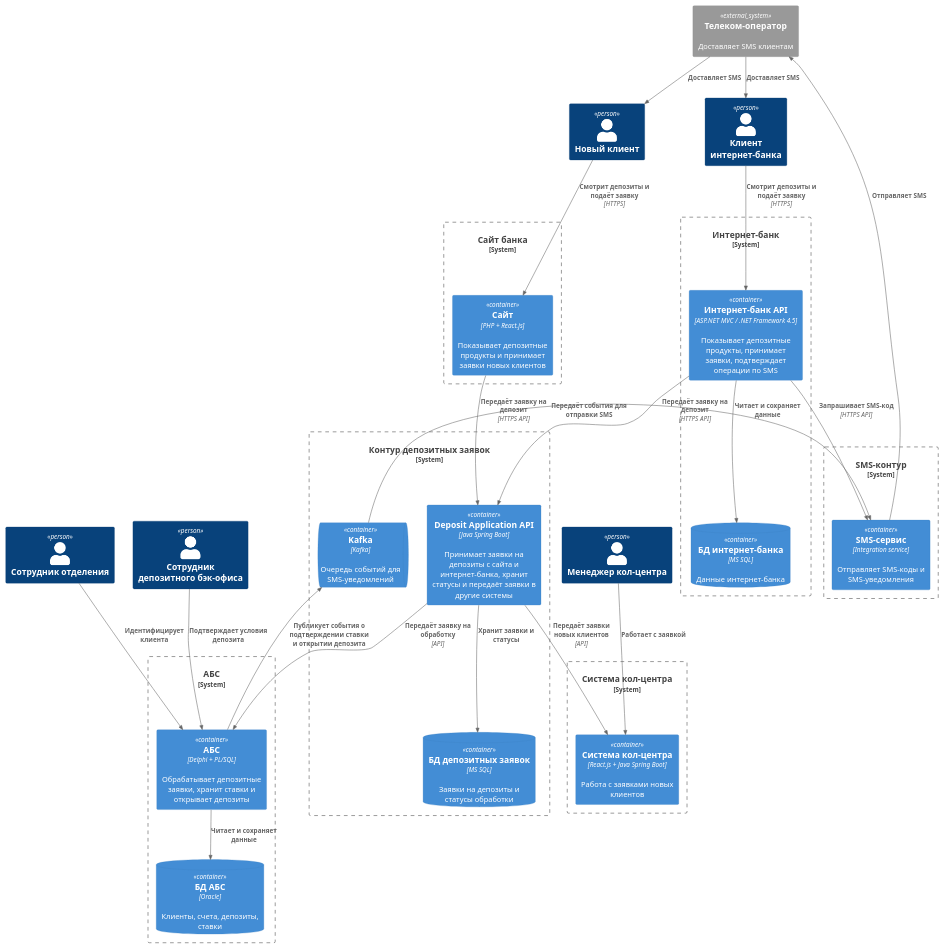
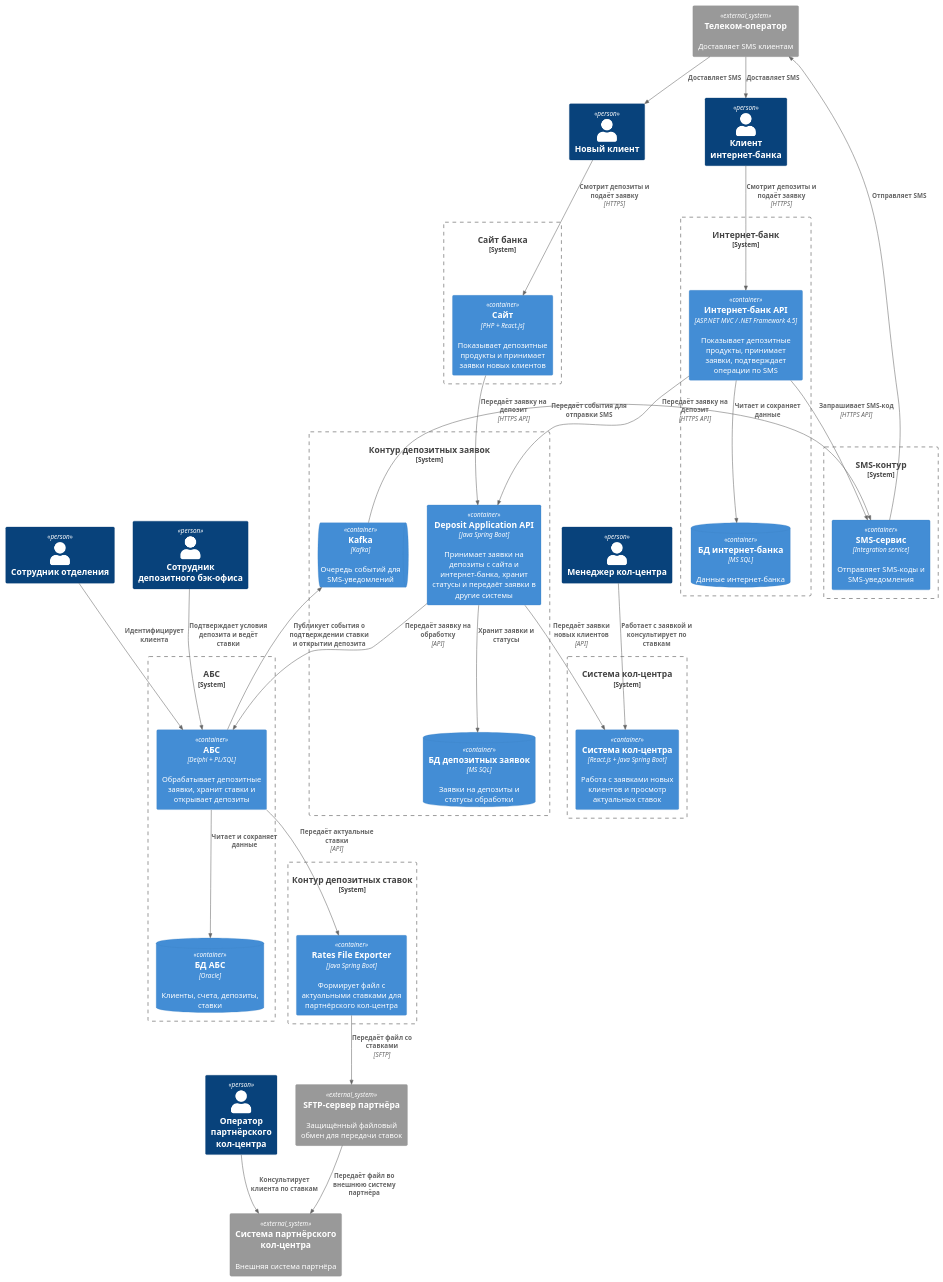
The diagram in task4/c4_container.puml (alexneysis/architecture-pro-standart-sprint-3), drawn with PlantUML before and after one commit. The commit also changed 1 other file, not shown here.

Commit message:
Переименовал файл, добавил больше конкретики и поменял схему (добавил sftp)

```diff
--- a/task4/c4_container.puml
+++ b/task4/c4_container.puml
@@ -1,65 +1,77 @@
 @startuml c4 container task 4
 
 !include https://raw.githubusercontent.com/plantuml-stdlib/C4-PlantUML/master/C4_Container.puml
 
 Person(new_client, "Новый клиент")
 Person(ib_client, "Клиент интернет-банка")
 Person(call_center_manager, "Менеджер кол-центра")
+Person(partner_operator, "Оператор партнёрского кол-центра")
 Person(deposit_manager, "Сотрудник депозитного бэк-офиса")
 Person(branch_manager, "Сотрудник отделения")
 
 System_Ext(telecom_operator, "Телеком-оператор", "Доставляет SMS клиентам")
+System_Ext(partner_sftp, "SFTP-сервер партнёра", "Защищённый файловый обмен для передачи ставок")
+System_Ext(partner_call_center, "Система партнёрского кол-центра", "Внешняя система партнёра")
 
 System_Boundary(site_boundary, "Сайт банка") {
     Container(site_app, "Сайт", "PHP + React.js", "Показывает депозитные продукты и принимает заявки новых клиентов")
 }
 
 System_Boundary(internet_bank_boundary, "Интернет-банк") {
     Container(internet_bank_app, "Интернет-банк API", "ASP.NET MVC / .NET Framework 4.5", "Показывает депозитные продукты, принимает заявки, подтверждает операции по SMS")
     ContainerDb(internet_bank_db, "БД интернет-банка", "MS SQL", "Данные интернет-банка")
 }
 
 System_Boundary(deposit_boundary, "Контур депозитных заявок") {
     Container(deposit_api, "Deposit Application API", "Java Spring Boot", "Принимает заявки на депозиты с сайта и интернет-банка, хранит статусы и передаёт заявки в другие системы")
     ContainerDb(deposit_db, "БД депозитных заявок", "MS SQL", "Заявки на депозиты и статусы обработки")
     ContainerQueue(kafka, "Kafka", "Kafka", "Очередь событий для SMS-уведомлений")
 }
 
+System_Boundary(rates_boundary, "Контур депозитных ставок") {
+    Container(rates_exporter, "Rates File Exporter", "Java Spring Boot", "Формирует файл с актуальными ставками для партнёрского кол-центра")
+}
+
 System_Boundary(abs_boundary, "АБС") {
     Container(abs_app, "АБС", "Delphi + PL/SQL", "Обрабатывает депозитные заявки, хранит ставки и открывает депозиты")
     ContainerDb(abs_db, "БД АБС", "Oracle", "Клиенты, счета, депозиты, ставки")
 }
 
 System_Boundary(call_center_boundary, "Система кол-центра") {
-    Container(call_center_app, "Система кол-центра", "React.js + Java Spring Boot", "Работа с заявками новых клиентов")
+    Container(call_center_app, "Система кол-центра", "React.js + Java Spring Boot", "Работа с заявками новых клиентов и просмотр актуальных ставок")
 }
 
 System_Boundary(sms_boundary, "SMS-контур") {
     Container(sms_service, "SMS-сервис", "Integration service", "Отправляет SMS-коды и SMS-уведомления")
 }
 
 Rel(new_client, site_app, "Смотрит депозиты и подаёт заявку", "HTTPS")
 Rel(site_app, deposit_api, "Передаёт заявку на депозит", "HTTPS API")
 
 Rel(ib_client, internet_bank_app, "Смотрит депозиты и подаёт заявку", "HTTPS")
 Rel(internet_bank_app, internet_bank_db, "Читает и сохраняет данные")
 Rel(internet_bank_app, deposit_api, "Передаёт заявку на депозит", "HTTPS API")
 Rel(internet_bank_app, sms_service, "Запрашивает SMS-код", "HTTPS API")
 
 Rel(deposit_api, deposit_db, "Хранит заявки и статусы")
 Rel(deposit_api, abs_app, "Передаёт заявку на обработку", "API")
 Rel(deposit_api, call_center_app, "Передаёт заявки новых клиентов", "API")
 
-Rel(call_center_manager, call_center_app, "Работает с заявкой")
+Rel(call_center_manager, call_center_app, "Работает с заявкой и консультирует по ставкам")
 
-Rel(deposit_manager, abs_app, "Подтверждает условия депозита")
+Rel(deposit_manager, abs_app, "Подтверждает условия депозита и ведёт ставки")
 Rel(branch_manager, abs_app, "Идентифицирует клиента")
 Rel(abs_app, abs_db, "Читает и сохраняет данные")
 Rel(abs_app, kafka, "Публикует события о подтверждении ставки и открытии депозита")
+
+Rel(abs_app, rates_exporter, "Передаёт актуальные ставки", "API")
+Rel(rates_exporter, partner_sftp, "Передаёт файл со ставками", "SFTP")
+Rel(partner_sftp, partner_call_center, "Передаёт файл во внешнюю систему партнёра")
+Rel(partner_operator, partner_call_center, "Консультирует клиента по ставкам")
 
 Rel(kafka, sms_service, "Передаёт события для отправки SMS")
 Rel(sms_service, telecom_operator, "Отправляет SMS")
 Rel(telecom_operator, new_client, "Доставляет SMS")
 Rel(telecom_operator, ib_client, "Доставляет SMS")
 
 @enduml
```
